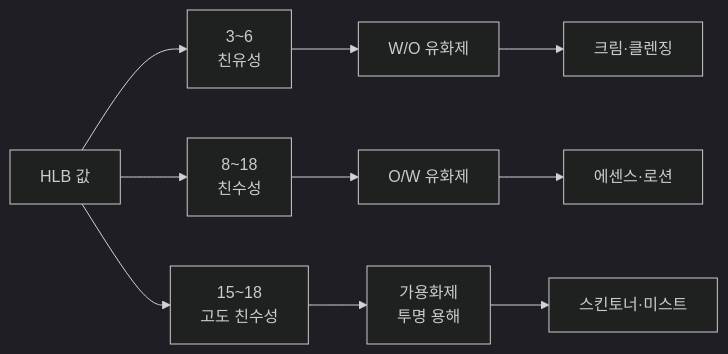
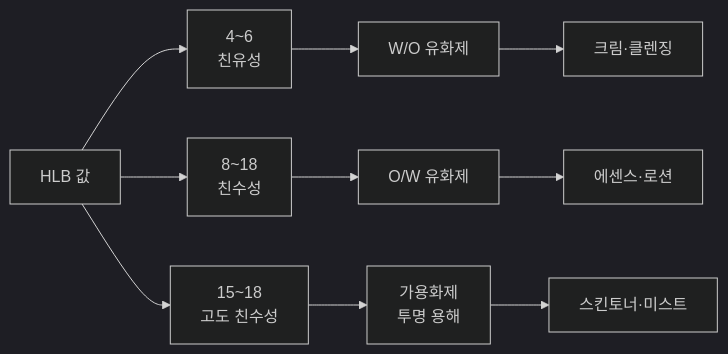
The second of 5 diagrams in content/참조자료/과목2/2과목_Ch01_원료_핵심암기.md (skygoldlee-cyber/Personalized_Skincare), drawn with Mermaid (dark theme) before and after one commit. The commit also changed other lines of this file and 8 other files, not shown here.

````diff
--- a/content/참조자료/과목2/2과목_Ch01_원료_핵심암기.md
+++ b/content/참조자료/과목2/2과목_Ch01_원료_핵심암기.md
@@ -89,12 +89,12 @@
 ```mermaid
 flowchart LR
-  A[HLB 값] --> B["3~6<br/>친유성"]
+  A[HLB 값] --> B["4~6<br/>친유성"]
   A --> C["8~18<br/>친수성"]
   A --> D["15~18<br/>고도 친수성"]
   B --> B1[W/O 유화제]
   C --> C1[O/W 유화제]
   D --> D1[가용화제<br/>투명 용해]
   B1 --> E[크림·클렌징]
   C1 --> F[에센스·로션]
   D1 --> G[스킨토너·미스트]
 ```
````
